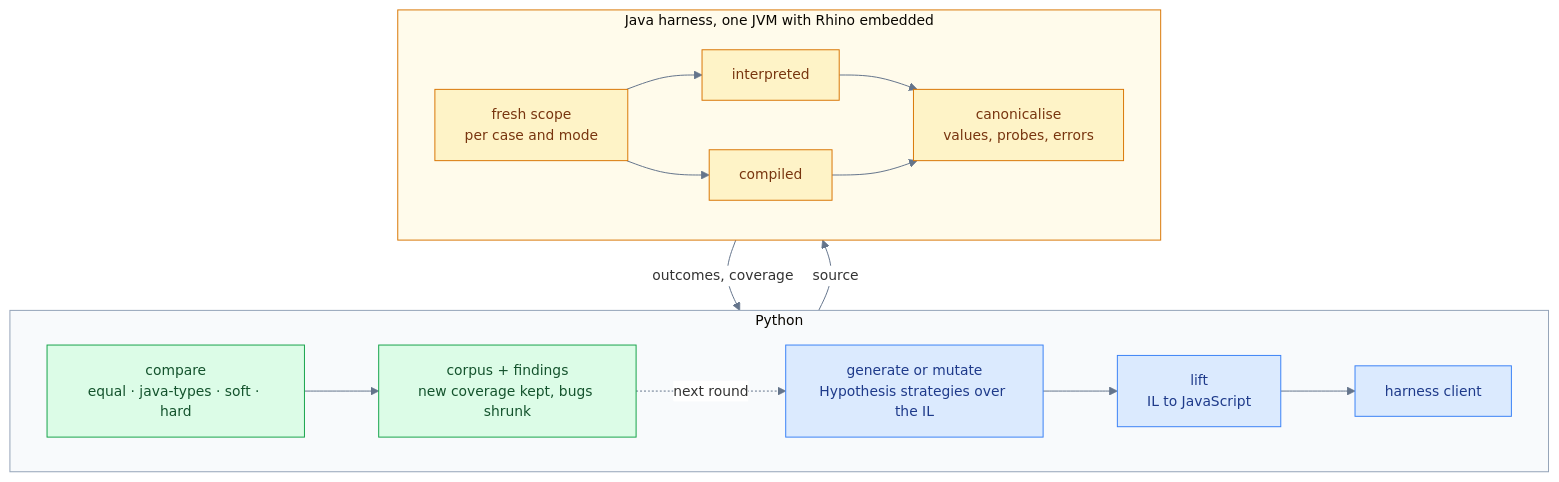
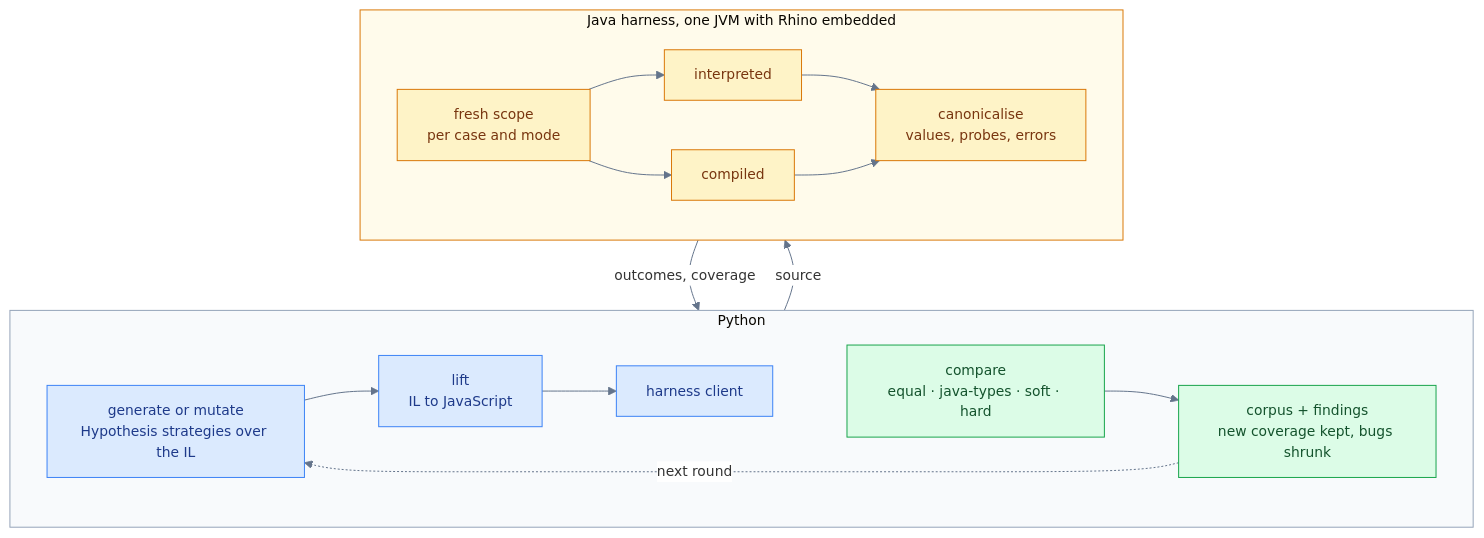
One commit to gregcaban/oxpecker changed the diagram in README.md. Above: the diagram before and after it, drawn with Mermaid.

Commit message:
README diagram: link the blocks, not their nodes, so each block lays out left to right

````diff
--- a/README.md
+++ b/README.md
@@ -10,25 +10,25 @@
 ```mermaid
 %%{init: {"theme": "base", "themeVariables": {"fontFamily": "ui-sans-serif, system-ui, sans-serif", "fontSize": "14px", "lineColor": "#64748b", "edgeLabelBackground": "#ffffff", "clusterBkg": "#f8fafc", "clusterBorder": "#94a3b8"}}}%%
 flowchart TB
     subgraph py["Python"]
         direction LR
         G["generate or mutate<br/>Hypothesis strategies over the IL"] --> L["lift<br/>IL to JavaScript"] --> C["harness client"]
-        V["compare<br/>equal · java-types · soft · hard"] --> K["corpus + findings<br/>new coverage kept, bugs shrunk"]
+        C ~~~ V["compare<br/>equal · java-types · soft · hard"] --> K["corpus + findings<br/>new coverage kept, bugs shrunk"]
         K -. next round .-> G
     end
     subgraph jvm["Java harness, one JVM with Rhino embedded"]
         direction LR
         H["fresh scope<br/>per case and mode"] --> I["interpreted"] --> N["canonicalise<br/>values, probes, errors"]
         H --> O["compiled"] --> N
     end
-    C -- "source" --> H
-    N -- "outcomes, coverage" --> V
+    py -- "source" --> jvm
+    jvm -- "outcomes, coverage" --> py
     classDef gen fill:#dbeafe,stroke:#3b82f6,color:#1e3a8a
     classDef rhino fill:#fef3c7,stroke:#d97706,color:#78350f
     classDef out fill:#dcfce7,stroke:#16a34a,color:#14532d
     class G,L,C gen
     class H,I,O,N rhino
     class V,K out
     style py fill:#f8fafc,stroke:#94a3b8,stroke-width:1px
     style jvm fill:#fffbeb,stroke:#d97706,stroke-width:1px
 ```
````
